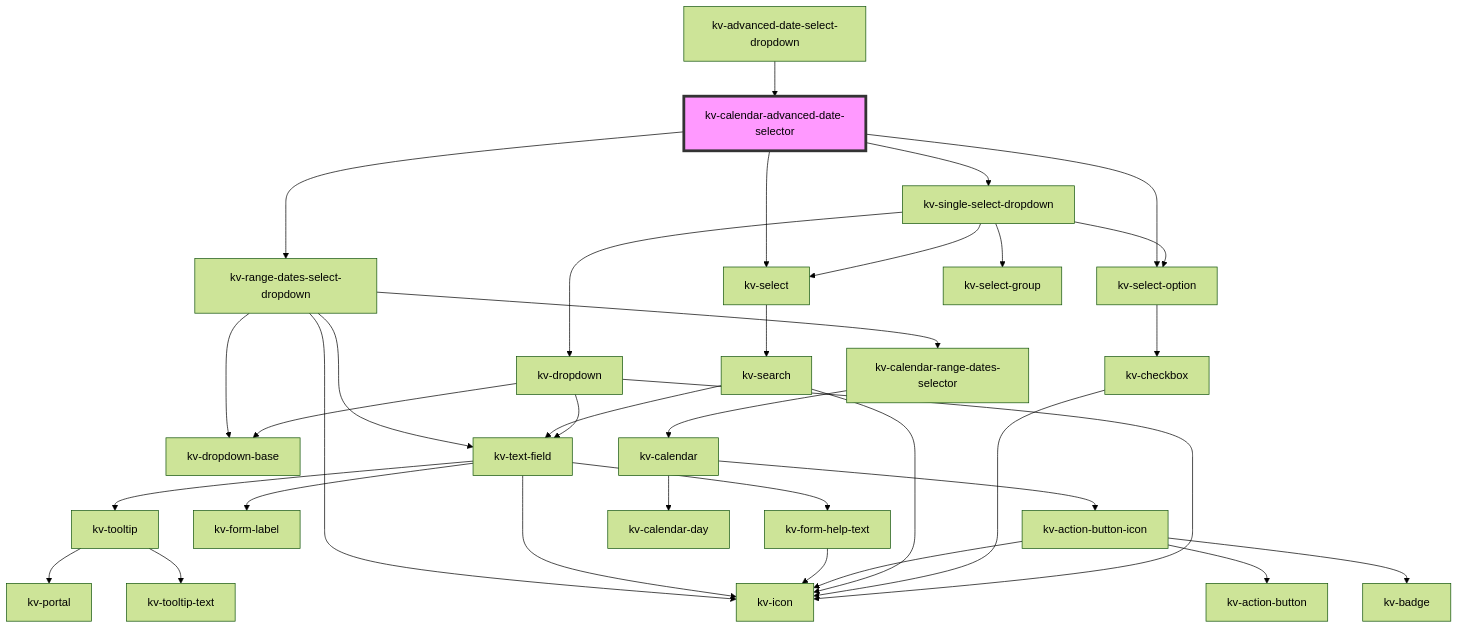
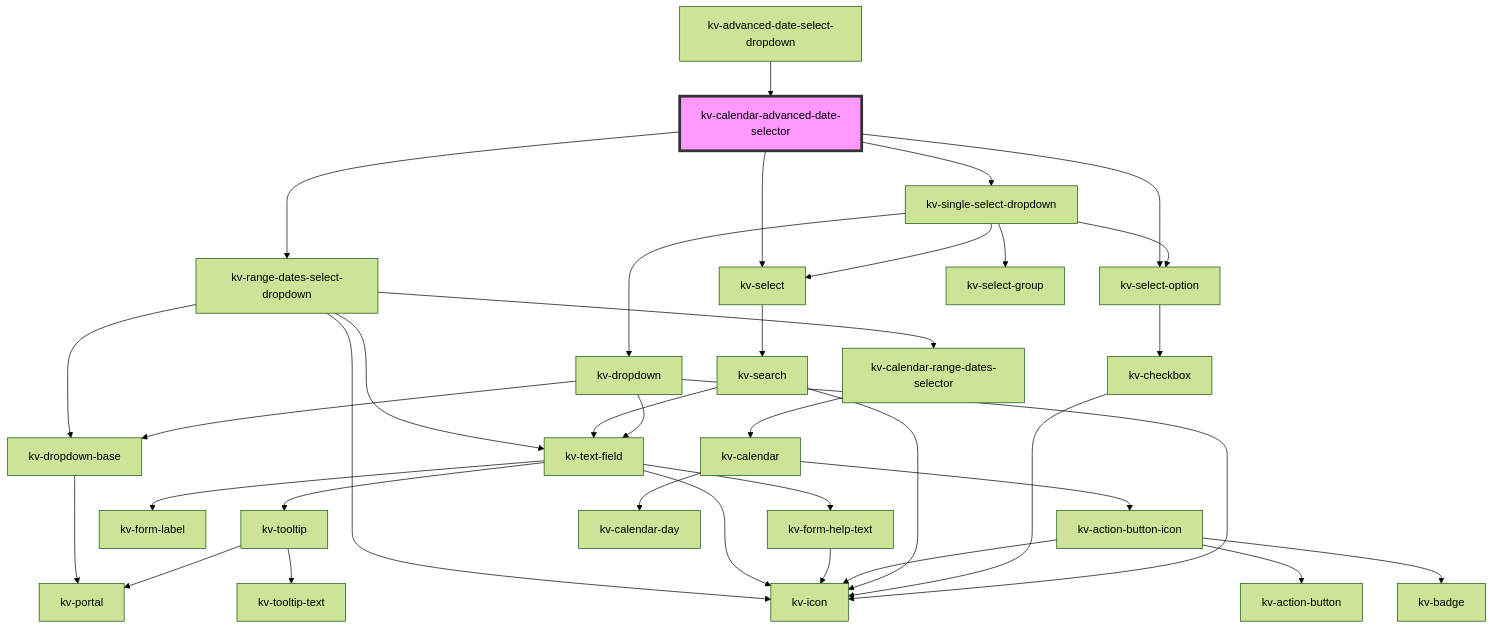
Before and after one commit to kelvininc/ui-components: the diagram in packages/ui-components/src/components/calendar-advanced-date-selector/readme.md, drawn with Mermaid (forest theme). The commit also changed 72 other files, not shown here.

First line of the commit message:
refactor(toggle-tip, dropdown)!: use portal to show floating content

````diff
--- a/packages/ui-components/src/components/calendar-advanced-date-selector/readme.md
+++ b/packages/ui-components/src/components/calendar-advanced-date-selector/readme.md
@@ -126,38 +126,39 @@
 ```mermaid
 graph TD;
   kv-calendar-advanced-date-selector --> kv-range-dates-select-dropdown
   kv-calendar-advanced-date-selector --> kv-select
   kv-calendar-advanced-date-selector --> kv-select-option
   kv-calendar-advanced-date-selector --> kv-single-select-dropdown
   kv-range-dates-select-dropdown --> kv-dropdown-base
   kv-range-dates-select-dropdown --> kv-text-field
   kv-range-dates-select-dropdown --> kv-icon
   kv-range-dates-select-dropdown --> kv-calendar-range-dates-selector
+  kv-dropdown-base --> kv-portal
   kv-text-field --> kv-tooltip
   kv-text-field --> kv-form-label
   kv-text-field --> kv-icon
   kv-text-field --> kv-form-help-text
   kv-tooltip --> kv-portal
   kv-tooltip --> kv-tooltip-text
   kv-form-help-text --> kv-icon
   kv-calendar-range-dates-selector --> kv-calendar
   kv-calendar --> kv-action-button-icon
   kv-calendar --> kv-calendar-day
   kv-action-button-icon --> kv-action-button
   kv-action-button-icon --> kv-icon
   kv-action-button-icon --> kv-badge
   kv-select --> kv-search
   kv-search --> kv-text-field
   kv-search --> kv-icon
   kv-select-option --> kv-checkbox
   kv-checkbox --> kv-icon
   kv-single-select-dropdown --> kv-select-group
   kv-single-select-dropdown --> kv-select-option
   kv-single-select-dropdown --> kv-dropdown
   kv-single-select-dropdown --> kv-select
   kv-dropdown --> kv-dropdown-base
   kv-dropdown --> kv-text-field
   kv-dropdown --> kv-icon
   kv-advanced-date-select-dropdown --> kv-calendar-advanced-date-selector
   style kv-calendar-advanced-date-selector fill:#f9f,stroke:#333,stroke-width:4px
 ```
````
